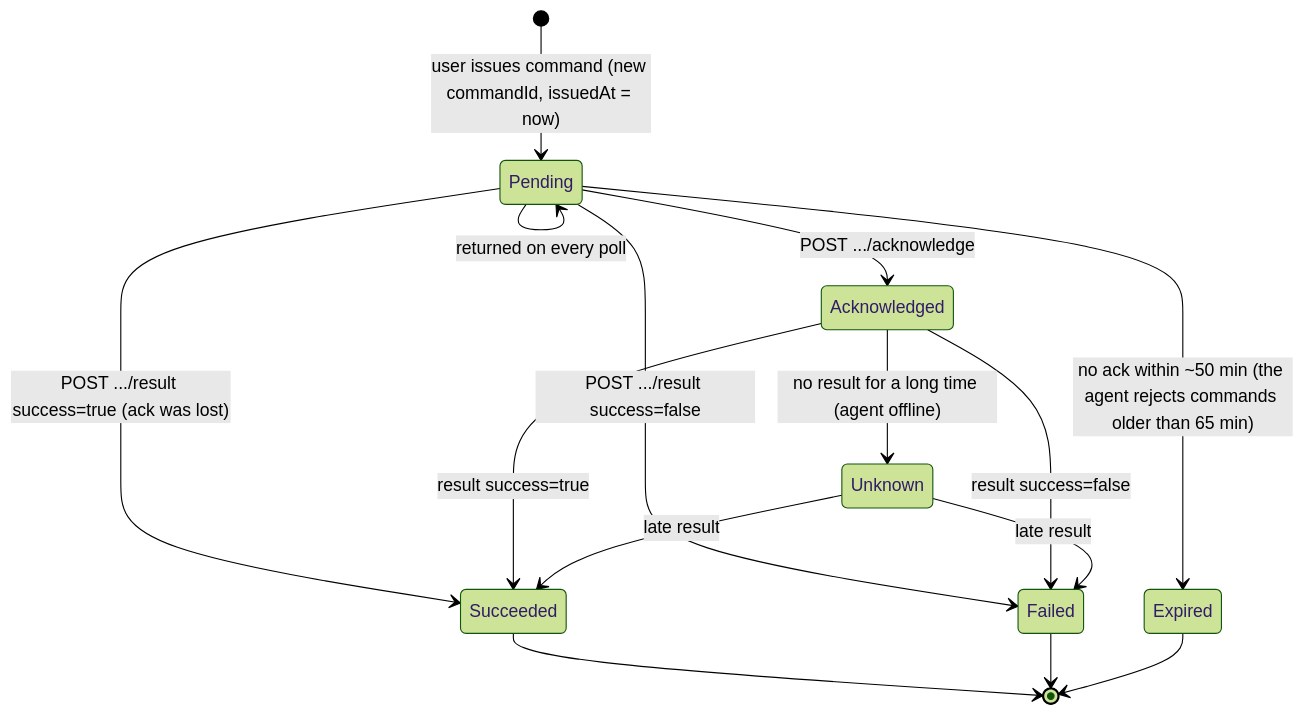
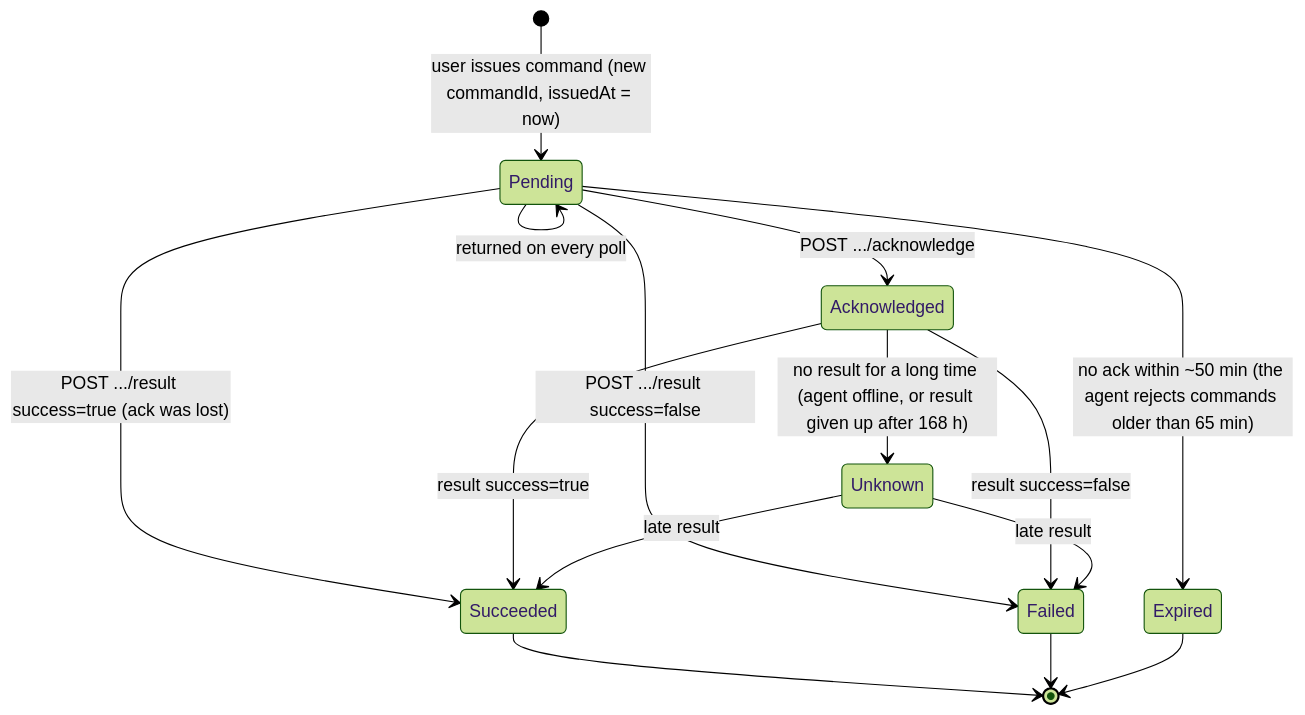
Before and after one commit to angatiabenson/watch-tower: the first of 2 diagrams in guides/portal-api/08-commands.md, drawn with Mermaid (forest theme). The commit also changed other lines of this file and 17 other files, not shown here.

````diff
--- a/guides/portal-api/08-commands.md
+++ b/guides/portal-api/08-commands.md
@@ -15,17 +15,17 @@
 ```mermaid
 stateDiagram-v2
     [*] --> Pending: user issues command (new commandId, issuedAt = now)
     Pending --> Pending: returned on every poll
     Pending --> Acknowledged: POST .../acknowledge
     Pending --> Succeeded: POST .../result success=true (ack was lost)
     Pending --> Failed: POST .../result success=false
     Pending --> Expired: no ack within ~50 min (the agent rejects commands older than 65 min)
     Acknowledged --> Succeeded: result success=true
     Acknowledged --> Failed: result success=false
-    Acknowledged --> Unknown: no result for a long time (agent offline)
+    Acknowledged --> Unknown: no result for a long time (agent offline, or result given up after 168 h)
     Unknown --> Succeeded: late result
     Unknown --> Failed: late result
     Succeeded --> [*]
     Failed --> [*]
     Expired --> [*]
 ```
````
